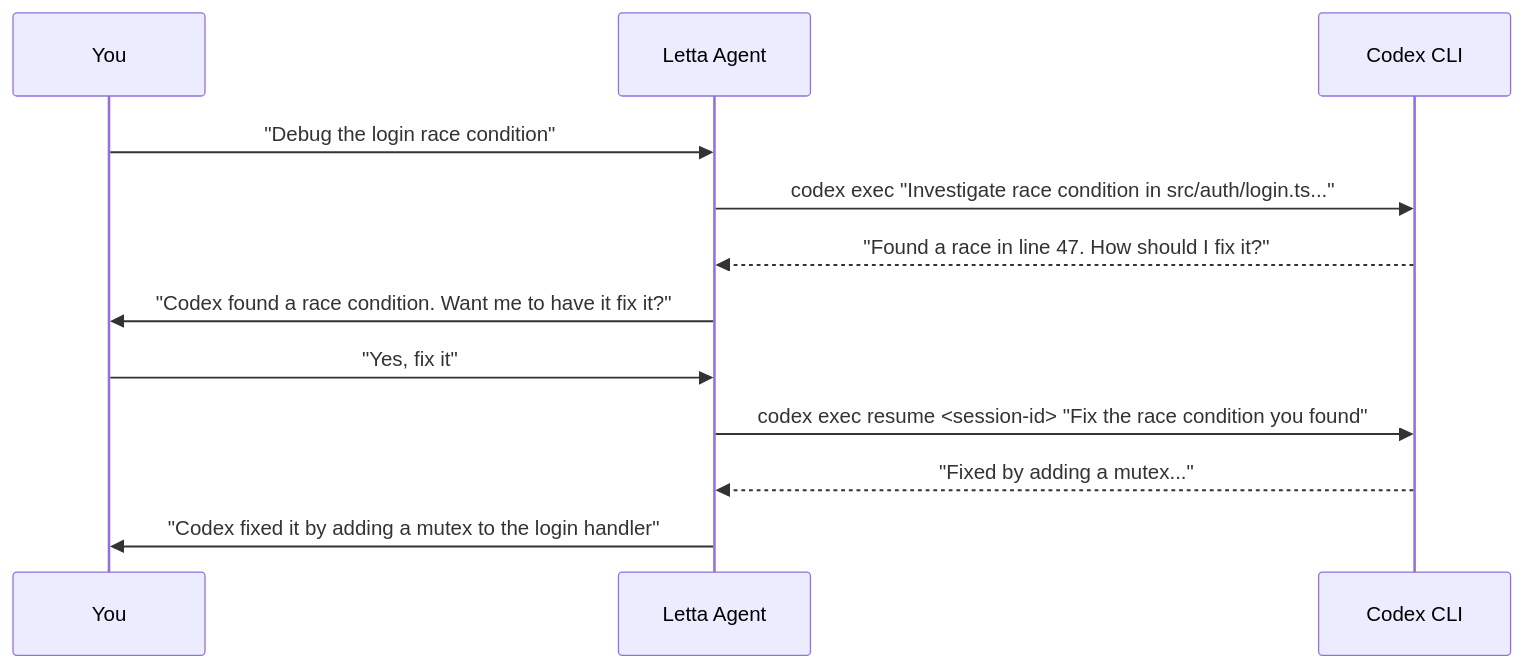
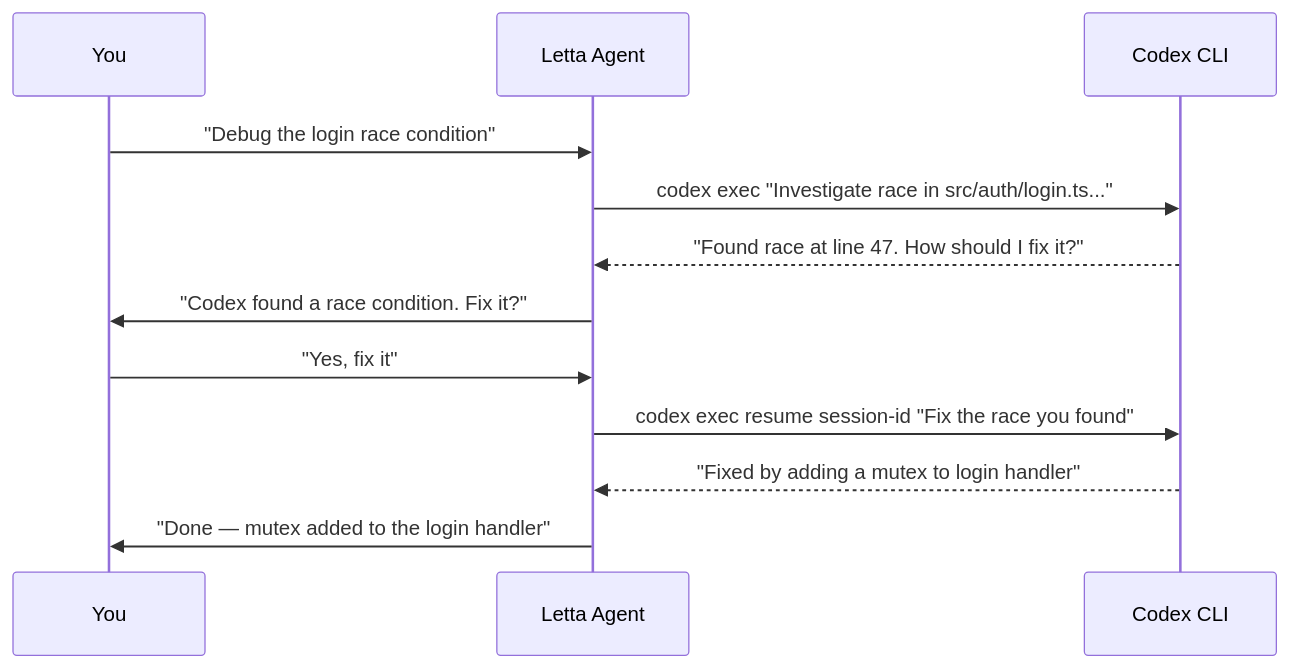
One commit to greedychipmunk/algodojo-xyz changed the second of 3 diagrams in src/content/tutorials/letta-orchestrate-codex.mdx. Above: the diagram before and after it, drawn with Mermaid. The commit also changed other lines of this file, not shown here.

First line of the commit message:
fix: improve Mermaid diagrams and code readability

````diff
--- a/src/content/tutorials/letta-orchestrate-codex.mdx
+++ b/src/content/tutorials/letta-orchestrate-codex.mdx
@@ -394,15 +402,15 @@
 ```mermaid
 sequenceDiagram
     participant U as You
     participant L as Letta Agent
     participant C as Codex CLI
 
     U->>L: "Debug the login race condition"
-    L->>C: codex exec "Investigate race condition in src/auth/login.ts..."
-    C-->>L: "Found a race in line 47. How should I fix it?"
-    L->>U: "Codex found a race condition. Want me to have it fix it?"
+    L->>C: codex exec "Investigate race in src/auth/login.ts..."
+    C-->>L: "Found race at line 47. How should I fix it?"
+    L->>U: "Codex found a race condition. Fix it?"
     U->>L: "Yes, fix it"
-    L->>C: codex exec resume <session-id> "Fix the race condition you found"
-    C-->>L: "Fixed by adding a mutex..."
-    L->>U: "Codex fixed it by adding a mutex to the login handler"
+    L->>C: codex exec resume session-id "Fix the race you found"
+    C-->>L: "Fixed by adding a mutex to login handler"
+    L->>U: "Done — mutex added to the login handler"
 ```
````
